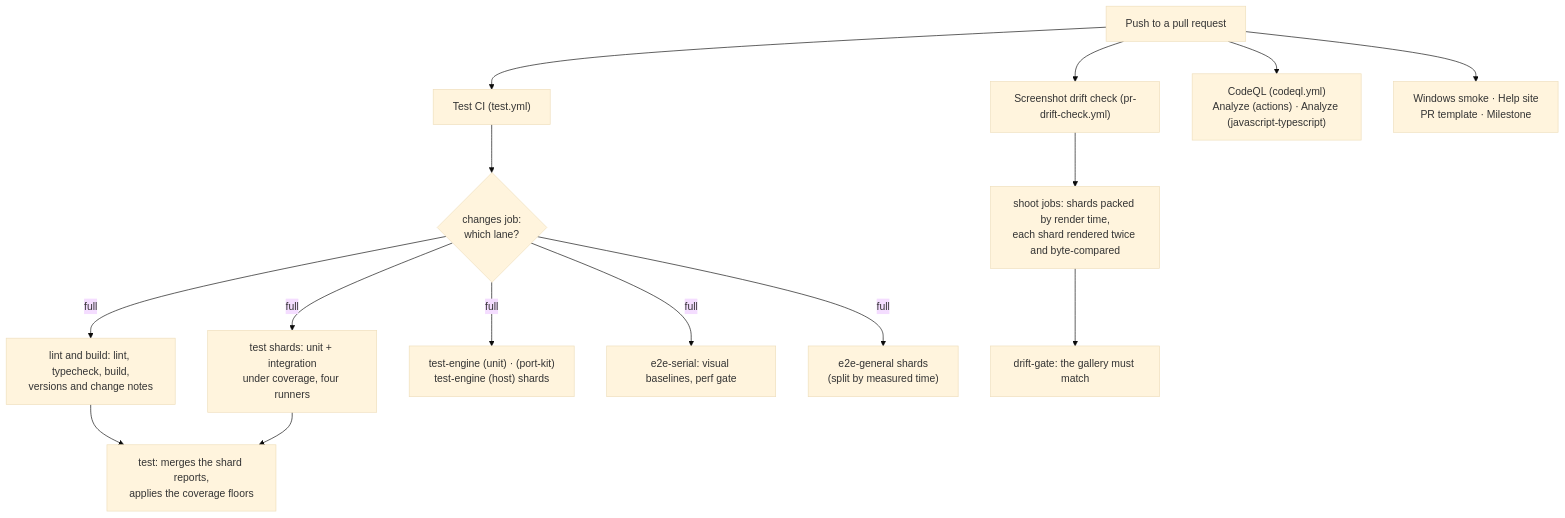
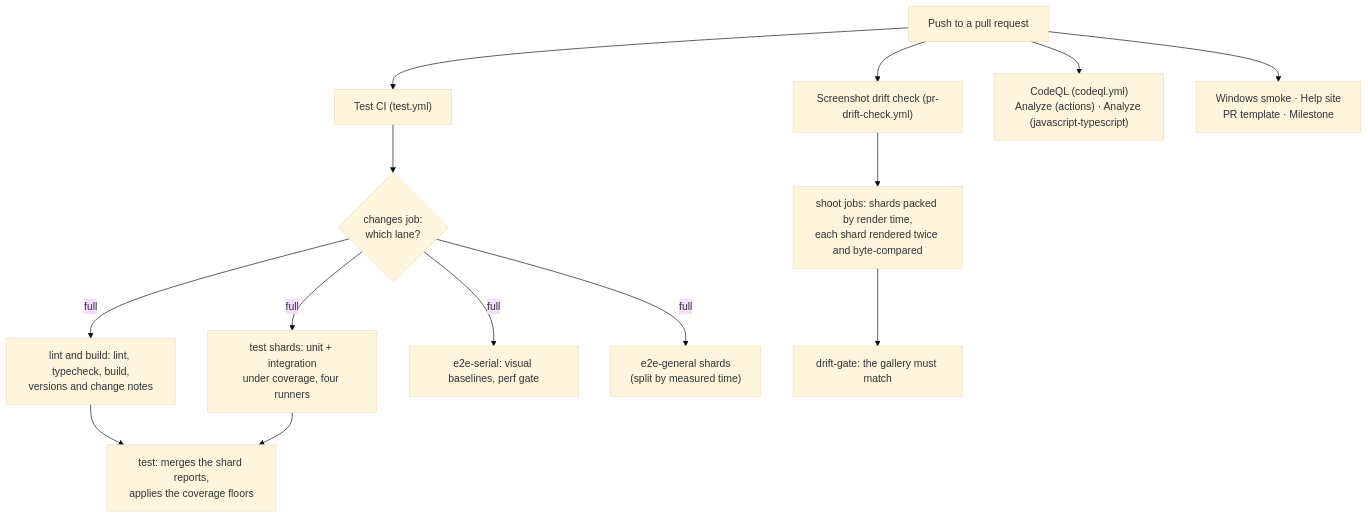
The first of 2 diagrams in docs/ci/pipeline.md (maniator/verticopolis), drawn with Mermaid (base theme) before and after one commit. The commit also changed other lines of this file and 3 other files, not shown here.

First line of the commit message:
Drop the test-engine jobs the test shards already cover

````diff
--- a/docs/ci/pipeline.md
+++ b/docs/ci/pipeline.md
@@ -10,18 +10,17 @@
 ```mermaid
 flowchart TD
     PR["Push to a pull request"] --> Test["Test CI (test.yml)"]
     PR --> Drift["Screenshot drift check (pr-drift-check.yml)"]
     PR --> CodeQL["CodeQL (codeql.yml)<br/>Analyze (actions) · Analyze (javascript-typescript)"]
     PR --> Other["Windows smoke · Help site<br/>PR template · Milestone"]
 
     Test --> Lane{"changes job:<br/>which lane?"}
     Lane -->|full| Lint["lint and build: lint, typecheck, build,<br/>versions and change notes"]
     Lane -->|full| Shards["test shards: unit + integration<br/>under coverage, four runners"]
     Lint --> Fast["test: merges the shard reports,<br/>applies the coverage floors"]
     Shards --> Fast
-    Lane -->|full| EngineLegs["test-engine (unit) · (port-kit)<br/>test-engine (host) shards"]
     Lane -->|full| E2E["e2e-serial: visual baselines, perf gate"]
     Lane -->|full| E2EG["e2e-general shards<br/>(split by measured time)"]
     Drift --> Shoot["shoot jobs: shards packed by render time,<br/>each shard rendered twice and byte-compared"]
     Shoot --> Verify["drift-gate: the gallery must match"]
 ```
````
